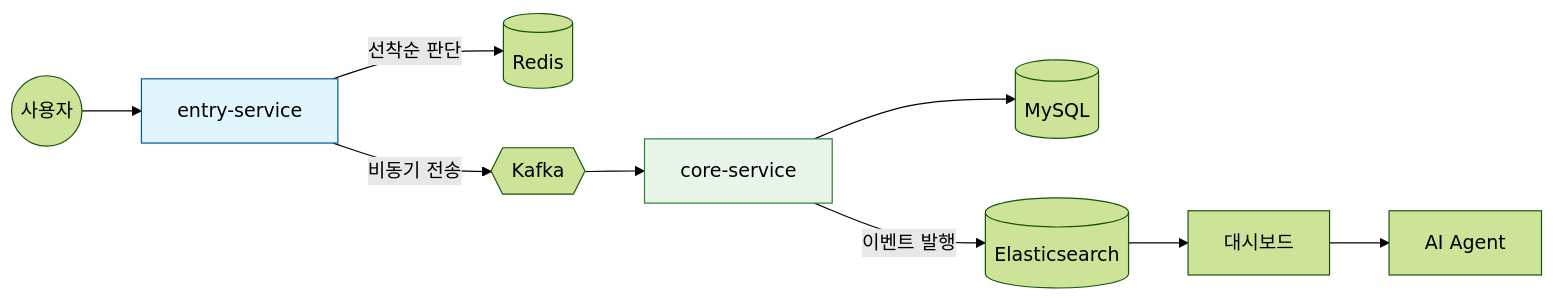
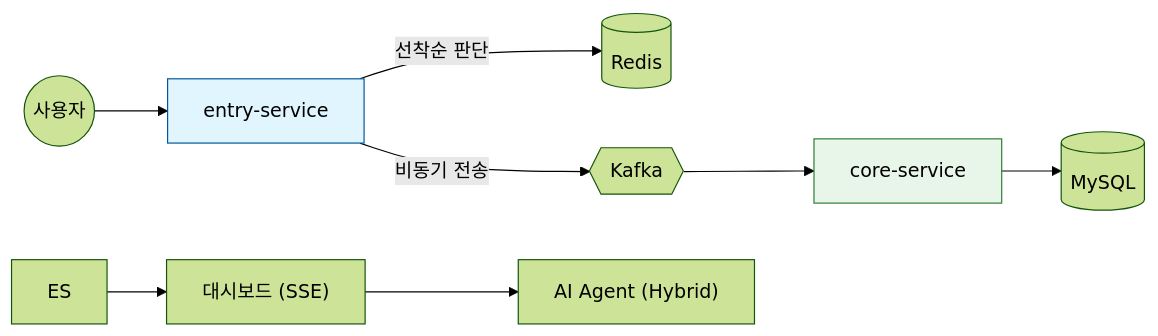
Before and after one commit to NileTheKing/marketing-intelligence-platform: the first of 15 diagrams in docs/PORTFOLIO_DIAGRAMS.md, drawn with Mermaid (forest theme). The commit also changed other lines of this file and 2 other files, not shown here.

Commit message:
docs: redesign README for professional portfolio and fix network diagram syntax

````diff
--- a/docs/PORTFOLIO_DIAGRAMS.md
+++ b/docs/PORTFOLIO_DIAGRAMS.md
@@ -19,14 +19,13 @@
 ```mermaid
 flowchart LR
     User(("사용자")) --> Entry["entry-service"]
     Entry -->|"선착순 판단"| Redis[("Redis")]
     Entry -->|"비동기 전송"| Kafka{{"Kafka"}}
     Kafka --> Core["core-service"]
     Core --> MySQL[("MySQL")]
-    Core -->|"이벤트 발행"| ES[("Elasticsearch")]
-    ES --> Dashboard["대시보드"]
-    Dashboard --> LLM["AI Agent"]
+    ES --> Dashboard["대시보드 (SSE)"]
+    Dashboard --> AI["AI Agent (Hybrid)"]
 
     style Entry fill:#e1f5fe,stroke:#01579b;
     style Core fill:#e8f5e9,stroke:#2e7d32;
 ```
````
